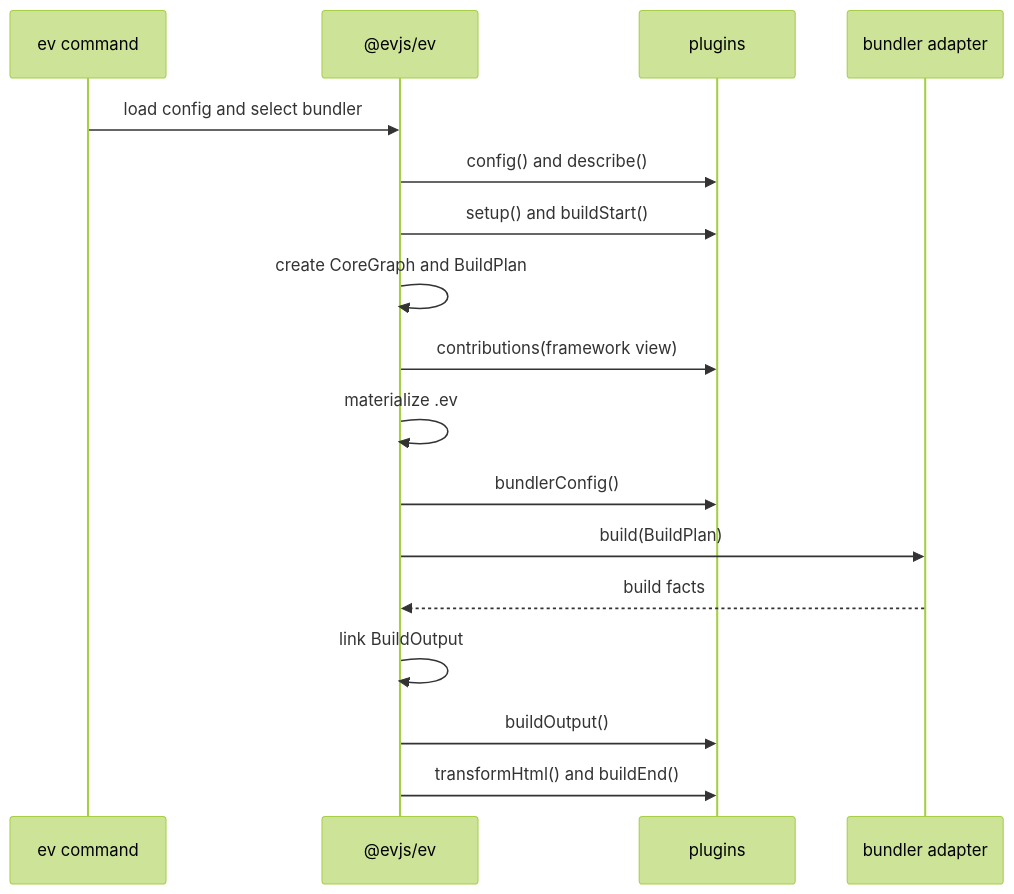
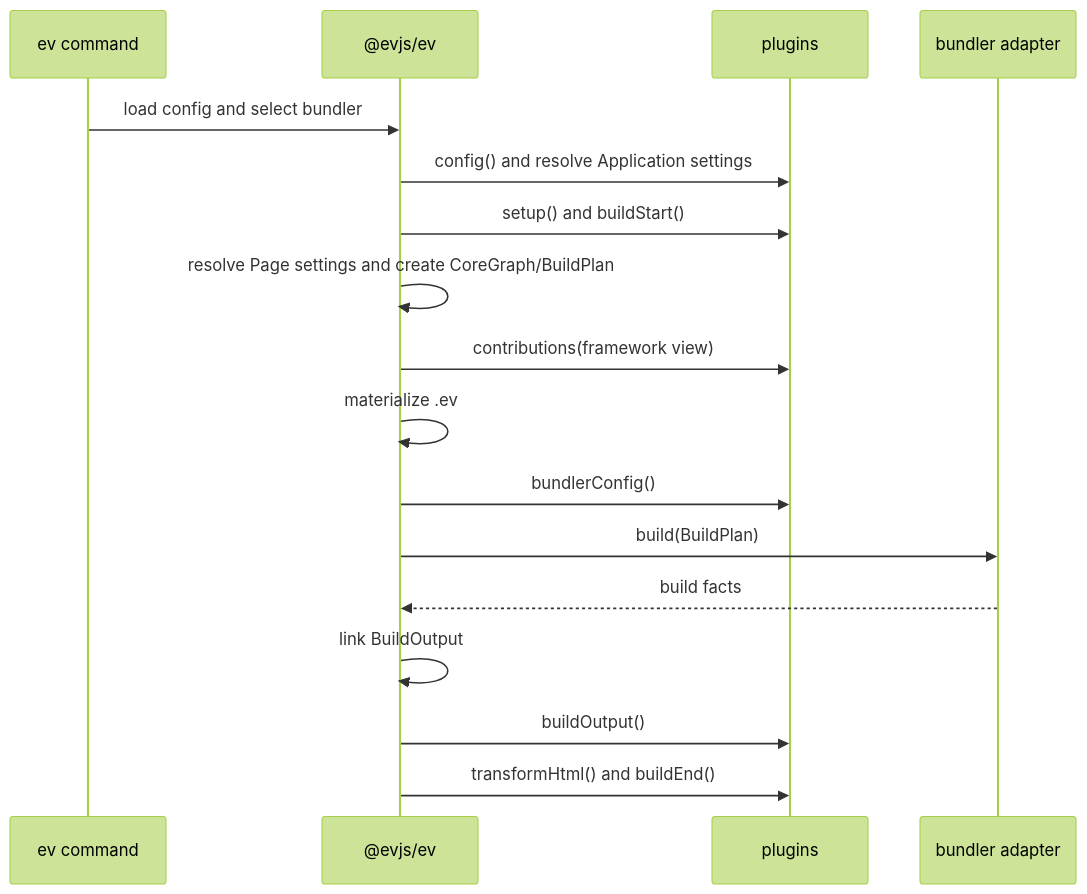
One commit to afx-team/evjs changed the second of 2 diagrams in docs/docs/architecture.md. Above: the diagram before and after it, drawn with Mermaid (forest theme). The commit also changed other lines of this file and 128 other files, not shown here.

````diff
--- a/docs/docs/architecture.md
+++ b/docs/docs/architecture.md
@@ -95,20 +97,20 @@
 ```mermaid
 sequenceDiagram
   participant CLI as ev command
   participant Core as @evjs/ev
   participant Plugin as plugins
   participant Bundler as bundler adapter
 
   CLI->>Core: load config and select bundler
-  Core->>Plugin: config() and describe()
+  Core->>Plugin: config() and resolve Application settings
   Core->>Plugin: setup() and buildStart()
-  Core->>Core: create CoreGraph and BuildPlan
+  Core->>Core: resolve Page settings and create CoreGraph/BuildPlan
   Core->>Plugin: contributions(framework view)
   Core->>Core: materialize .ev
   Core->>Plugin: bundlerConfig()
   Core->>Bundler: build(BuildPlan)
   Bundler-->>Core: build facts
   Core->>Core: link BuildOutput
   Core->>Plugin: buildOutput()
   Core->>Plugin: transformHtml() and buildEnd()
 ```
````
